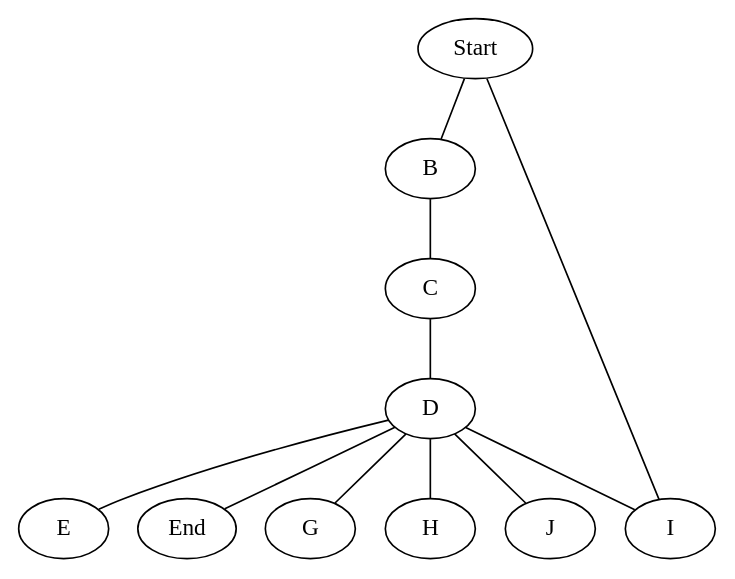
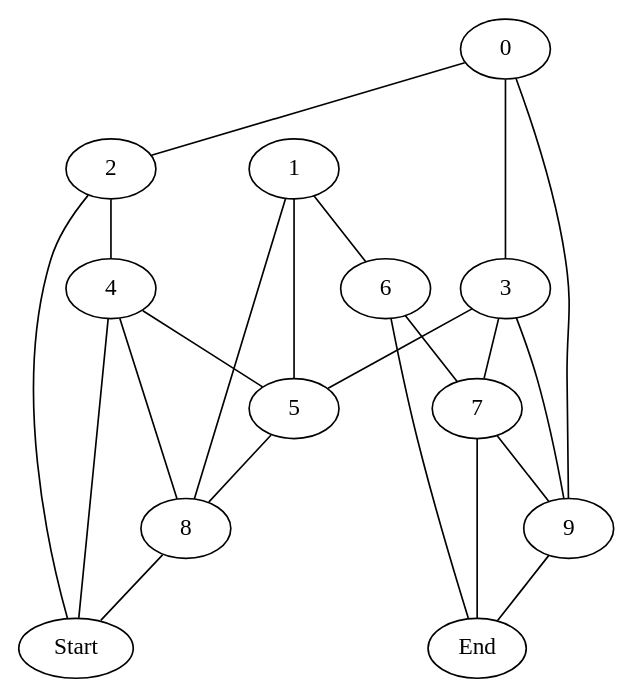
Before and after one commit to Narvik09/Shannon-Switching-Game: the diagram in out.dot, drawn with Graphviz. The commit also changed 17 other files, not shown here.

Commit message:
Centered and made changes to graph

```diff
--- a/out.dot
+++ b/out.dot
@@ -1,12 +1,37 @@
 graph "Some Unique Identifier" {
-    Start -- B [key = "AB";];
-    B -- C [key = "BC";];
-    C -- D [key = "CD";];
-    D -- E [key = "DE";];
-    D -- End [key = "DF";];
-    D -- G [key = "DG";];
-    D -- H [key = "DH";];
-    D -- I [key = "DI";];
-    D -- J [key = "DJ";];
-    I -- Start [key = "IA";];
+    0 [pos = "189,90";];
+    1 [pos = "366,370";];
+    2 [pos = "95,154";];
+    3 [pos = "318,157";];
+    4 [pos = "139,306";];
+    5 [pos = "256,305";];
+    6 [pos = "510,309";];
+    7 [pos = "430,167";];
+    8 [pos = "234,424";];
+    9 [pos = "365,491";];
+    End [pos = "553,78";];
+    Start [pos = "33,372";];
+    
+    // 0 -- 1 [key = "special";];
+    0 -- 2 [key = "12";];
+    2 -- 4 [key = "13";];
+    4 -- 5 [key = "14";];
+    1 -- 5 [key = "15";];
+    1 -- 6 [key = "16";];
+    6 -- 7 [key = "17";];
+    3 -- 7 [key = "18";];
+    0 -- 3 [key = "19";];
+    3 -- 5 [key = "20";];
+    0 -- 9 [key = "21";];
+    7 -- 9 [key = "22";];
+    3 -- 9 [key = "23";];
+    1 -- 8 [key = "24";];
+    5 -- 8 [key = "25";];
+    4 -- 8 [key = "26";];
+    6 -- End [key = "27";];
+    9 -- End [key = "28";];
+    7 -- End [key = "29";];
+    4 -- Start [key = "30";];
+    8 -- Start [key = "31";];
+    2 -- Start [key = "32";];
 }
```
